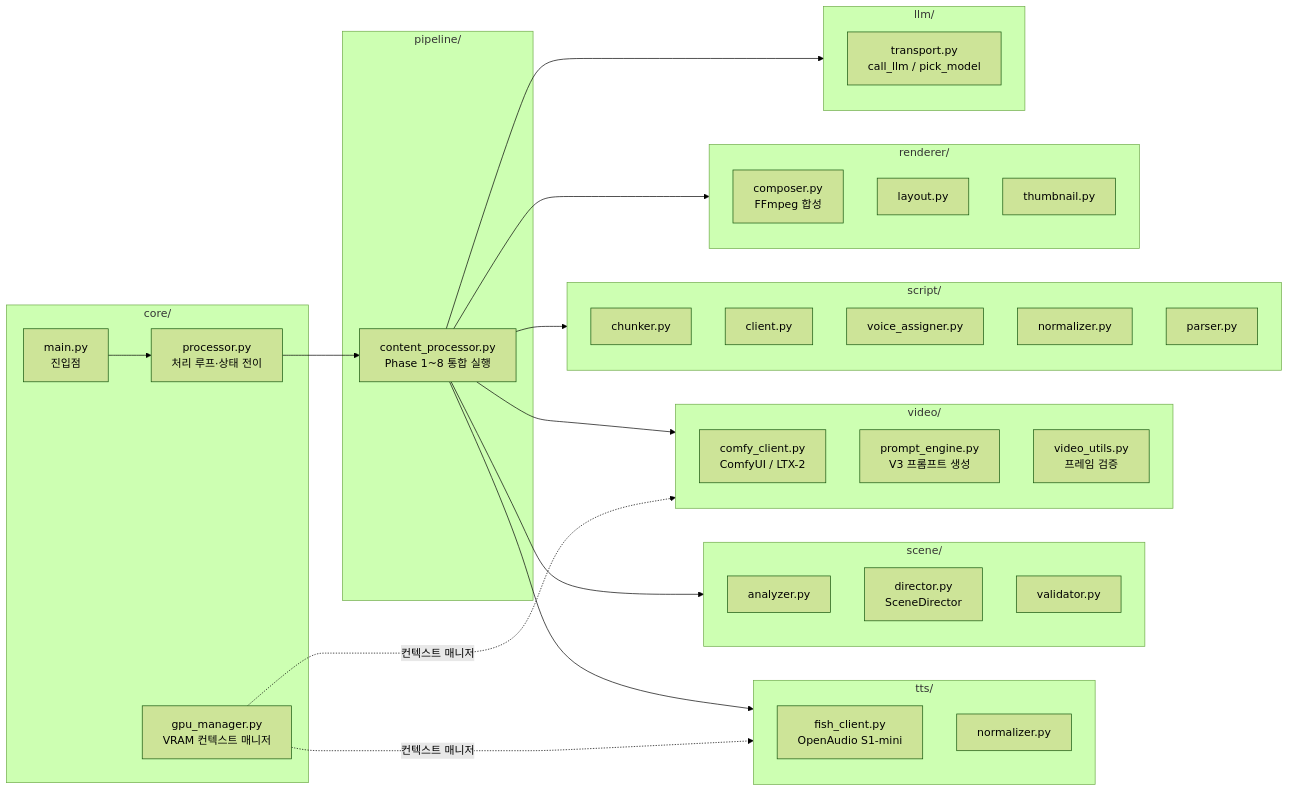
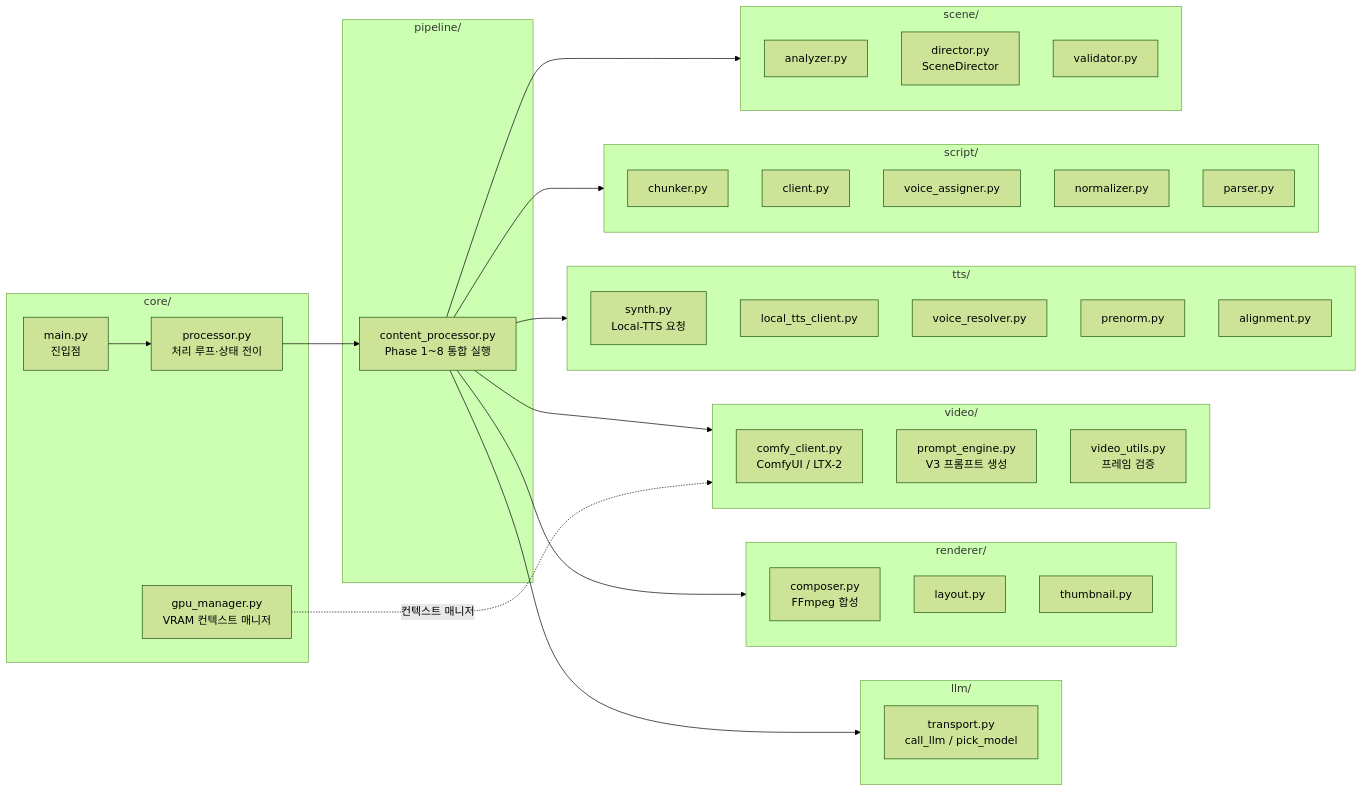
Before and after one commit to Justant-source/WaggleBot: the first of 2 diagrams in docs/worker/30-components/overview.md, drawn with Mermaid (forest theme). The commit also changed other lines of this file and 81 other files, not shown here.

First line of the commit message:
feat(tts): Fish Speech 폐기, Local-TTS 제공자로 전환 (프리셋 보이스 M1~M5/F1~F5, 발음 프로필 wagglebot/shorts-ko)

````diff
--- a/docs/worker/30-components/overview.md
+++ b/docs/worker/30-components/overview.md
@@ -11,57 +11,59 @@
 ```mermaid
 flowchart LR
     subgraph Core["core/"]
         MAIN[main.py<br/>진입점]
         PROC[processor.py<br/>처리 루프·상태 전이]
         GPU[gpu_manager.py<br/>VRAM 컨텍스트 매니저]
     end
 
     subgraph Pipeline["pipeline/"]
         CP[content_processor.py<br/>Phase 1~8 통합 실행]
     end
 
     subgraph Scene["scene/"]
         ANA[analyzer.py]
         DIR[director.py<br/>SceneDirector]
         VAL[validator.py]
     end
 
     subgraph Script["script/"]
         CHK[chunker.py]
         CLI2[client.py]
         VAS[voice_assigner.py]
         NRM[normalizer.py]
         PRS[parser.py]
     end
 
     subgraph TTS["tts/"]
-        FISH[fish_client.py<br/>OpenAudio S1-mini]
-        TNRM[normalizer.py]
+        SYN[synth.py<br/>Local-TTS 요청]
+        LCL[local_tts_client.py]
+        VRS[voice_resolver.py]
+        PRN[prenorm.py]
+        ALN[alignment.py]
     end
 
     subgraph Video["video/"]
         COMFY[comfy_client.py<br/>ComfyUI / LTX-2]
         PENG[prompt_engine.py<br/>V3 프롬프트 생성]
         VUTIL[video_utils.py<br/>프레임 검증]
     end
 
     subgraph Renderer["renderer/"]
         COMP[composer.py<br/>FFmpeg 합성]
         LAY[layout.py]
         THUMB[thumbnail.py]
     end
 
     subgraph LLM["llm/"]
         TRANS[transport.py<br/>call_llm / pick_model]
     end
 
     MAIN --> PROC --> CP
     CP --> Scene
     CP --> Script
     CP --> TTS
     CP --> Video
     CP --> Renderer
     CP --> LLM
-    GPU -.->|컨텍스트 매니저| TTS
     GPU -.->|컨텍스트 매니저| Video
 ```
````
